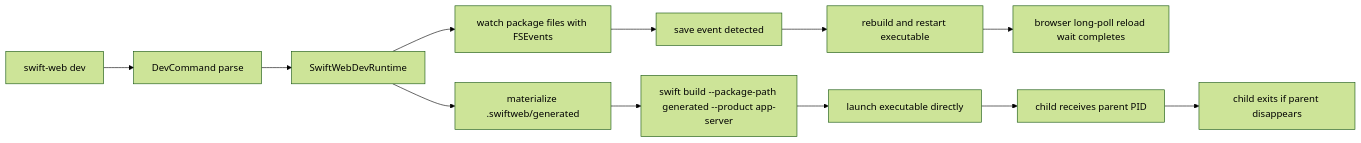
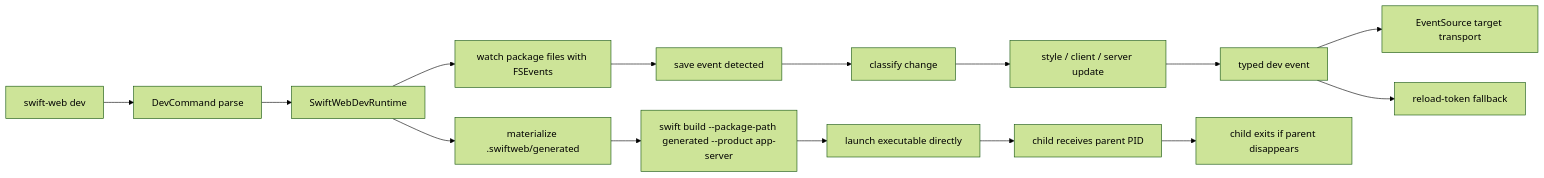
Before and after one commit to 1amageek/swift-web: the third of 6 diagrams in Sources/SwiftWebCLI/README.md, drawn with Mermaid (forest theme). The commit also changed other lines of this file and 40 other files, not shown here.

````diff
--- a/Sources/SwiftWebCLI/README.md
+++ b/Sources/SwiftWebCLI/README.md
@@ -36,14 +54,17 @@
 ```mermaid
 flowchart LR
   A["swift-web dev"] --> B["DevCommand parse"]
   B --> C["SwiftWebDevRuntime"]
   C --> D["materialize .swiftweb/generated"]
   D --> E["swift build --package-path generated --product app-server"]
   E --> F["launch executable directly"]
   C --> G["watch package files with FSEvents"]
   G --> H["save event detected"]
-  H --> I["rebuild and restart executable"]
-  I --> J["browser long-poll reload wait completes"]
-  F --> K["child receives parent PID"]
-  K --> L["child exits if parent disappears"]
+  H --> I["classify change"]
+  I --> J["style / client / server update"]
+  J --> T["typed dev event"]
+  T --> L["EventSource target transport"]
+  T --> M["reload-token fallback"]
+  F --> P["child receives parent PID"]
+  P --> N["child exits if parent disappears"]
 ```
````
